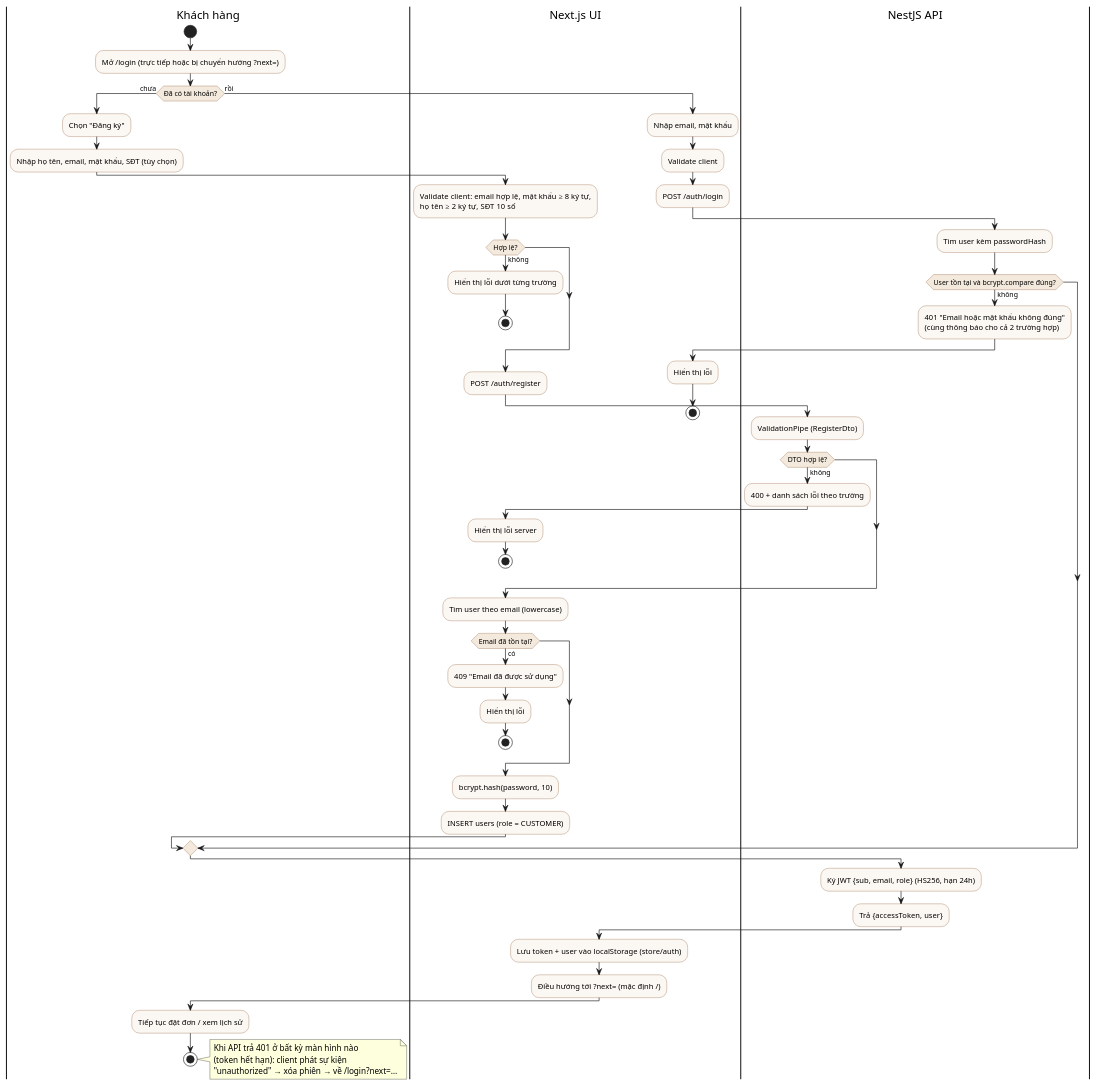
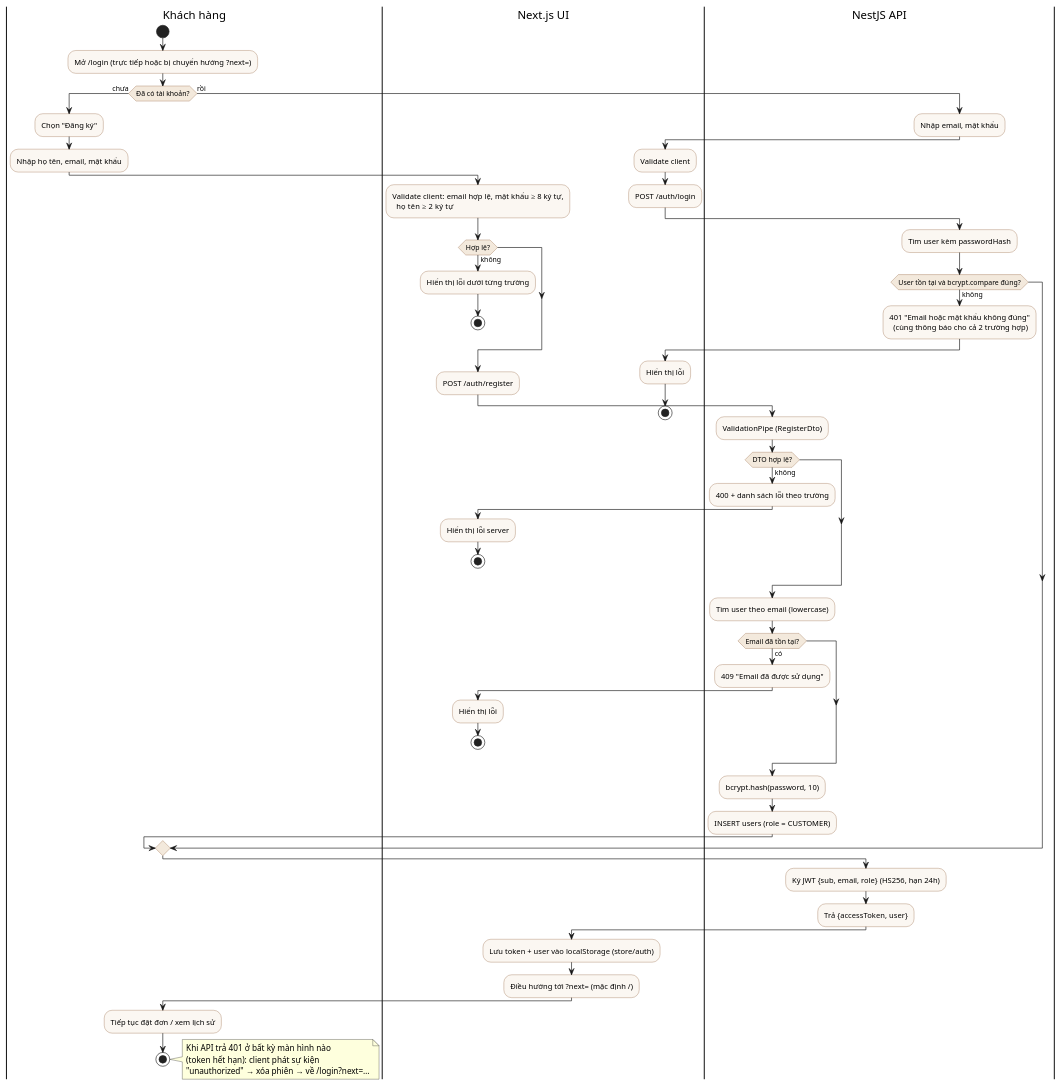
The diagram in docs/diagrams/activity-auth.puml (LHTCoder/brewlite), drawn with PlantUML before and after one commit. The commit also changed 26 other files, not shown here.

First line of the commit message:
docs: cập nhật đặc tả, use-case, activity và class diagram theo góp ý của nhóm

```diff
--- a/docs/diagrams/activity-auth.puml
+++ b/docs/diagrams/activity-auth.puml
@@ -1,68 +1,68 @@
 @startuml activity-auth
 ' Activity-04: Đăng ký / Đăng nhập và cấp JWT (FR-04)
 skinparam ActivityBackgroundColor #FBF7F2
 skinparam ActivityBorderColor #8A5733
 skinparam ActivityDiamondBackgroundColor #F3E9DC
-
 |Khách hàng|
 start
 :Mở /login (trực tiếp hoặc bị chuyển hướng ?next=);
 if (Đã có tài khoản?) then (chưa)
   :Chọn "Đăng ký";
-  :Nhập họ tên, email, mật khẩu, SĐT (tùy chọn);
+  :Nhập họ tên, email, mật khẩu;
   |Next.js UI|
   :Validate client: email hợp lệ, mật khẩu ≥ 8 ký tự,
-  họ tên ≥ 2 ký tự, SĐT 10 số;
+    họ tên ≥ 2 ký tự;
   if (Hợp lệ?) then (không)
     :Hiển thị lỗi dưới từng trường;
     stop
   endif
   :POST /auth/register;
   |NestJS API|
   :ValidationPipe (RegisterDto);
   if (DTO hợp lệ?) then (không)
     :400 + danh sách lỗi theo trường;
     |Next.js UI|
     :Hiển thị lỗi server;
     stop
   endif
+  |NestJS API|
   :Tìm user theo email (lowercase);
   if (Email đã tồn tại?) then (có)
     :409 "Email đã được sử dụng";
     |Next.js UI|
     :Hiển thị lỗi;
     stop
   endif
+  |NestJS API|
   :bcrypt.hash(password, 10);
   :INSERT users (role = CUSTOMER);
 else (rồi)
   :Nhập email, mật khẩu;
   |Next.js UI|
   :Validate client;
   :POST /auth/login;
   |NestJS API|
   :Tìm user kèm passwordHash;
   if (User tồn tại và bcrypt.compare đúng?) then (không)
     :401 "Email hoặc mật khẩu không đúng"
-    (cùng thông báo cho cả 2 trường hợp);
+      (cùng thông báo cho cả 2 trường hợp);
     |Next.js UI|
     :Hiển thị lỗi;
     stop
   endif
 endif
 |NestJS API|
 :Ký JWT {sub, email, role} (HS256, hạn 24h);
 :Trả {accessToken, user};
 |Next.js UI|
 :Lưu token + user vào localStorage (store/auth);
 :Điều hướng tới ?next= (mặc định /);
 |Khách hàng|
 :Tiếp tục đặt đơn / xem lịch sử;
 stop
-
 note right
-  Khi API trả 401 ở bất kỳ màn hình nào
-  (token hết hạn): client phát sự kiện
-  "unauthorized" → xóa phiên → về /login?next=…
+Khi API trả 401 ở bất kỳ màn hình nào
+(token hết hạn): client phát sự kiện
+"unauthorized" → xóa phiên → về /login?next=…
 end note
 @enduml
```
